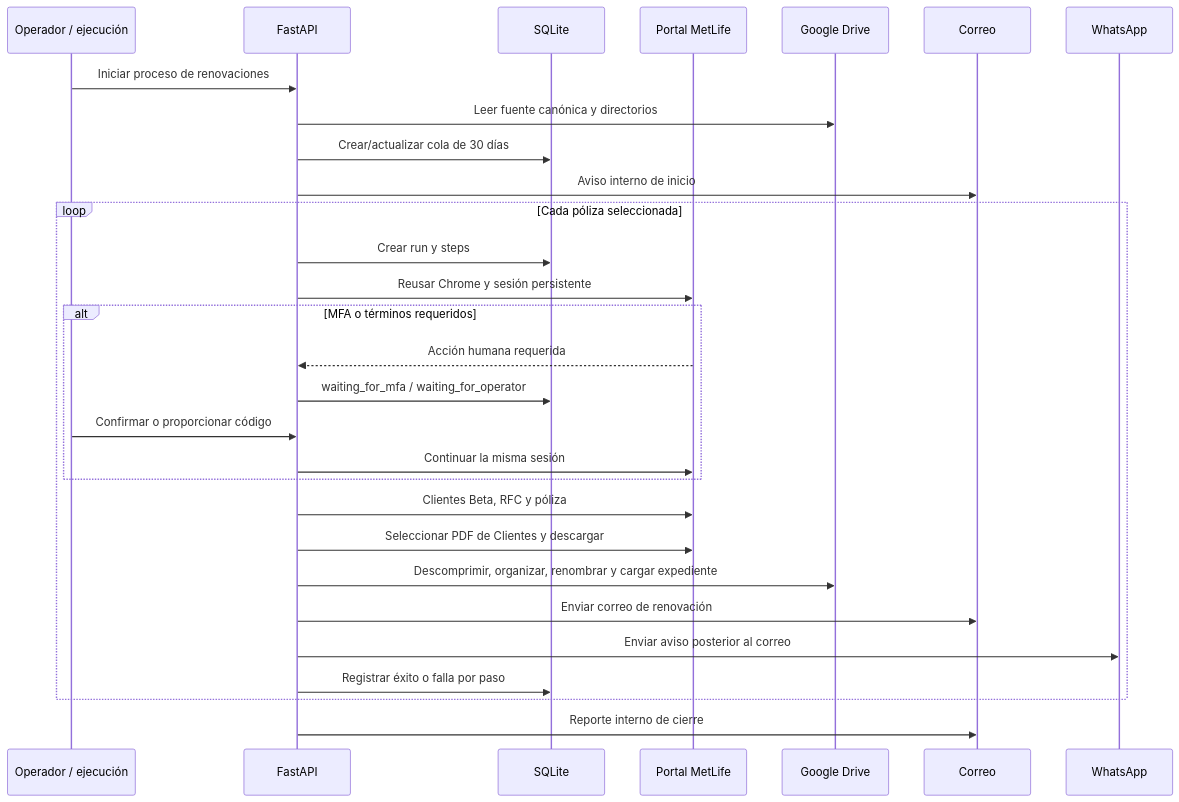
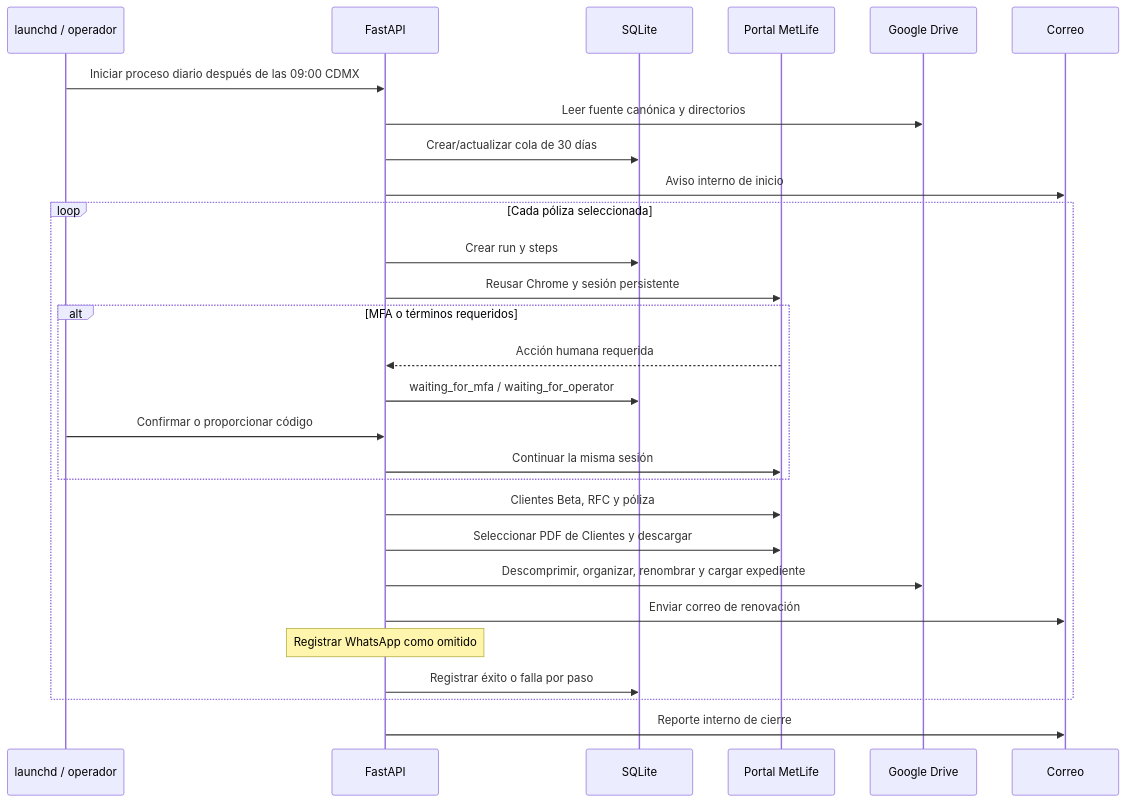
Before and after one commit to Plauto679/taiico-crm: the second of 2 diagrams in arquitectura.md, drawn with Mermaid. The commit also changed other lines of this file and 5 other files, not shown here.

````diff
--- a/arquitectura.md
+++ b/arquitectura.md
@@ -153,34 +153,33 @@
 ```mermaid
 sequenceDiagram
-    participant O as Operador / ejecución
+    participant O as launchd / operador
     participant API as FastAPI
     participant DB as SQLite
     participant M as Portal MetLife
     participant D as Google Drive
     participant E as Correo
-    participant W as WhatsApp
 
-    O->>API: Iniciar proceso de renovaciones
+    O->>API: Iniciar proceso diario después de las 09:00 CDMX
     API->>D: Leer fuente canónica y directorios
     API->>DB: Crear/actualizar cola de 30 días
     API->>E: Aviso interno de inicio
 
     loop Cada póliza seleccionada
         API->>DB: Crear run y steps
         API->>M: Reusar Chrome y sesión persistente
         alt MFA o términos requeridos
             M-->>API: Acción humana requerida
             API->>DB: waiting_for_mfa / waiting_for_operator
             O->>API: Confirmar o proporcionar código
             API->>M: Continuar la misma sesión
         end
         API->>M: Clientes Beta, RFC y póliza
         API->>M: Seleccionar PDF de Clientes y descargar
         API->>D: Descomprimir, organizar, renombrar y cargar expediente
         API->>E: Enviar correo de renovación
-        API->>W: Enviar aviso posterior al correo
+        Note over API: Registrar WhatsApp como omitido
         API->>DB: Registrar éxito o falla por paso
     end
 
     API->>E: Reporte interno de cierre
 ```
````
